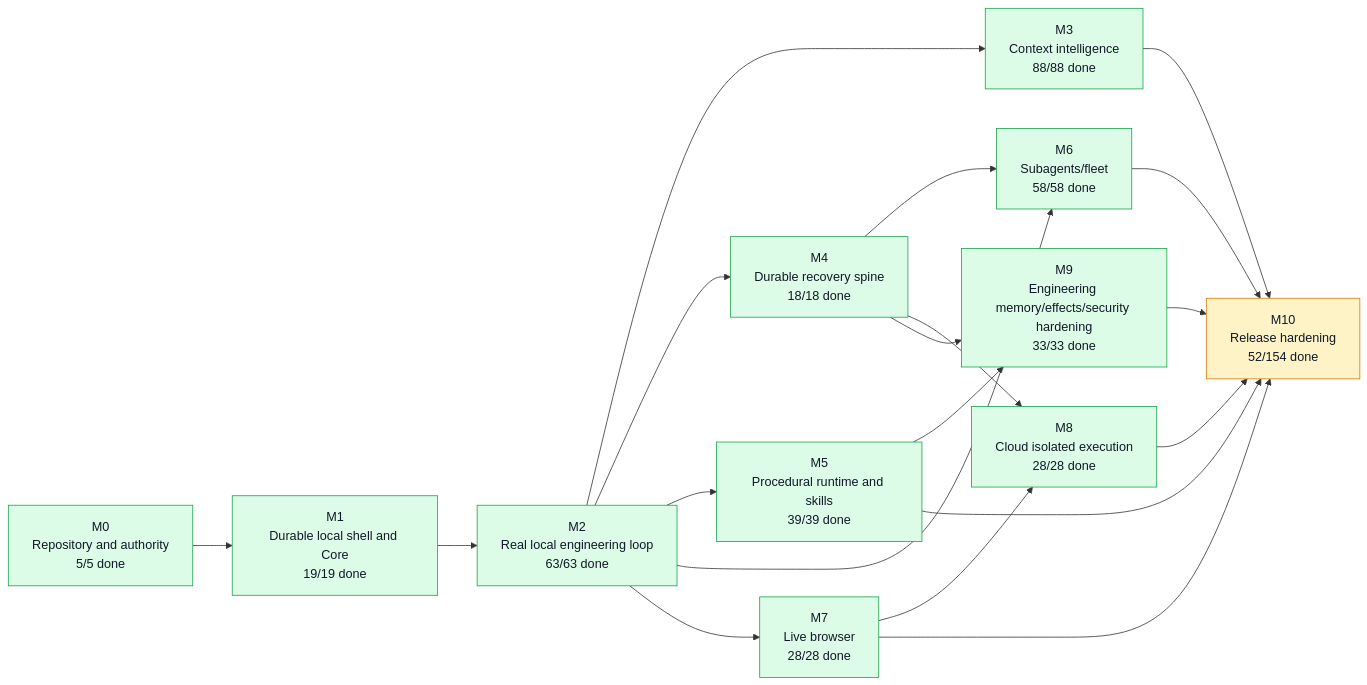
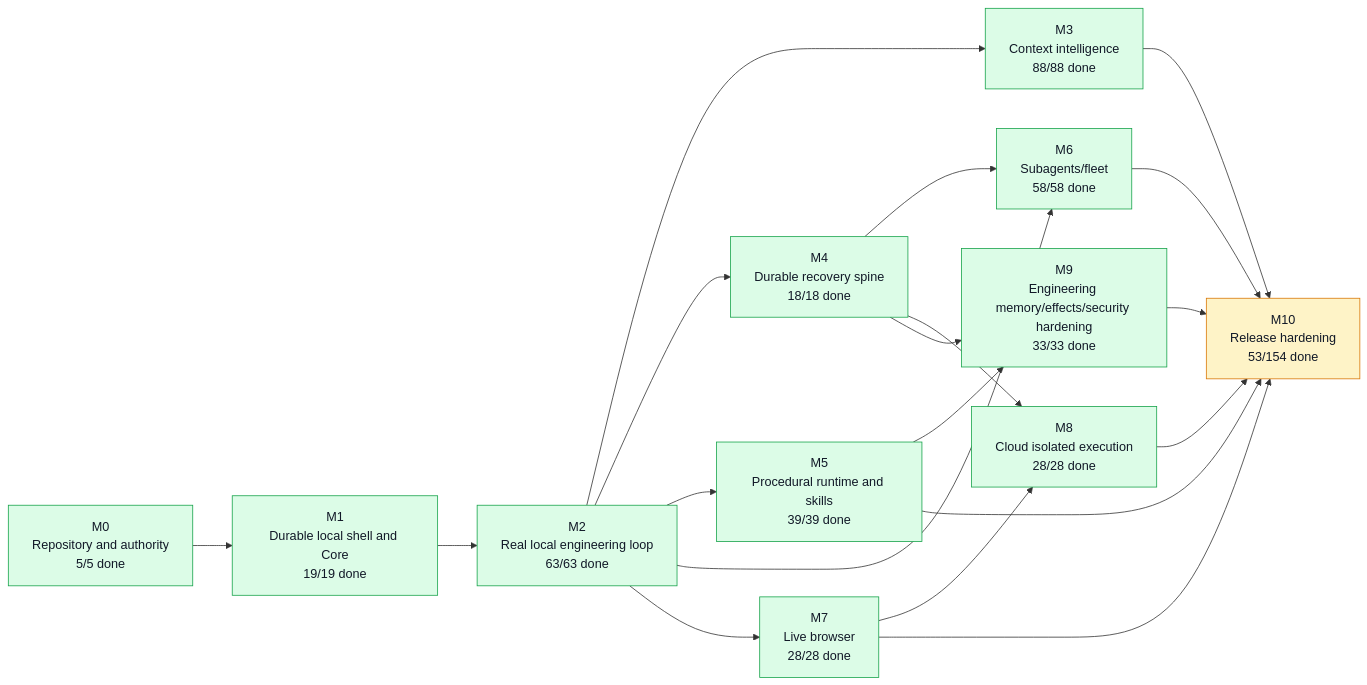
Before and after one commit to moss101/modbit: the first of 5 diagrams in graph/PROJECT_GRAPH.md, drawn with Mermaid. The commit also changed other lines of this file and 5 other files, not shown here.

````diff
--- a/graph/PROJECT_GRAPH.md
+++ b/graph/PROJECT_GRAPH.md
@@ -57,43 +57,43 @@
 ```mermaid
 flowchart LR
   M0["M0<br/>Repository and authority<br/>5/5 done"]
   M1["M1<br/>Durable local shell and Core<br/>19/19 done"]
   M2["M2<br/>Real local engineering loop<br/>63/63 done"]
   M3["M3<br/>Context intelligence<br/>88/88 done"]
   M4["M4<br/>Durable recovery spine<br/>18/18 done"]
   M5["M5<br/>Procedural runtime and skills<br/>39/39 done"]
   M6["M6<br/>Subagents/fleet<br/>58/58 done"]
   M7["M7<br/>Live browser<br/>28/28 done"]
   M8["M8<br/>Cloud isolated execution<br/>28/28 done"]
   M9["M9<br/>Engineering memory/effects/security hardening<br/>33/33 done"]
-  M10["M10<br/>Release hardening<br/>52/154 done"]
+  M10["M10<br/>Release hardening<br/>53/154 done"]
   M0 --> M1
   M1 --> M2
   M2 --> M3
   M2 --> M4
   M2 --> M5
   M2 --> M6
   M4 --> M6
   M2 --> M7
   M4 --> M8
   M7 --> M8
   M4 --> M9
   M5 --> M9
   M3 --> M10
   M5 --> M10
   M6 --> M10
   M7 --> M10
   M8 --> M10
   M9 --> M10
   style M0 fill:#dcfce7,stroke:#16a34a,color:#111827
   style M1 fill:#dcfce7,stroke:#16a34a,color:#111827
   style M2 fill:#dcfce7,stroke:#16a34a,color:#111827
   style M3 fill:#dcfce7,stroke:#16a34a,color:#111827
   style M4 fill:#dcfce7,stroke:#16a34a,color:#111827
   style M5 fill:#dcfce7,stroke:#16a34a,color:#111827
   style M6 fill:#dcfce7,stroke:#16a34a,color:#111827
   style M7 fill:#dcfce7,stroke:#16a34a,color:#111827
   style M8 fill:#dcfce7,stroke:#16a34a,color:#111827
   style M9 fill:#dcfce7,stroke:#16a34a,color:#111827
   style M10 fill:#fef3c7,stroke:#d97706,color:#111827
 ```
````
